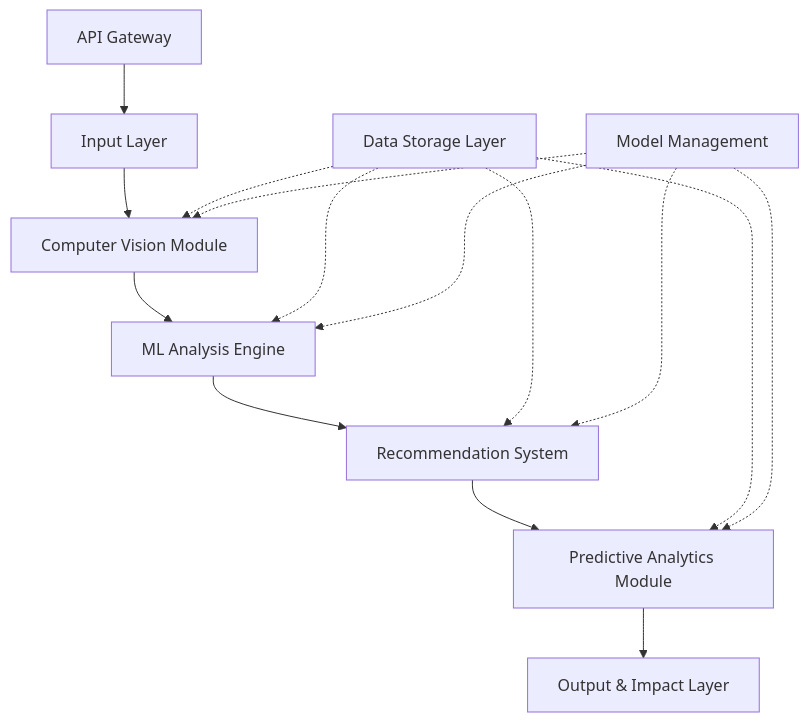
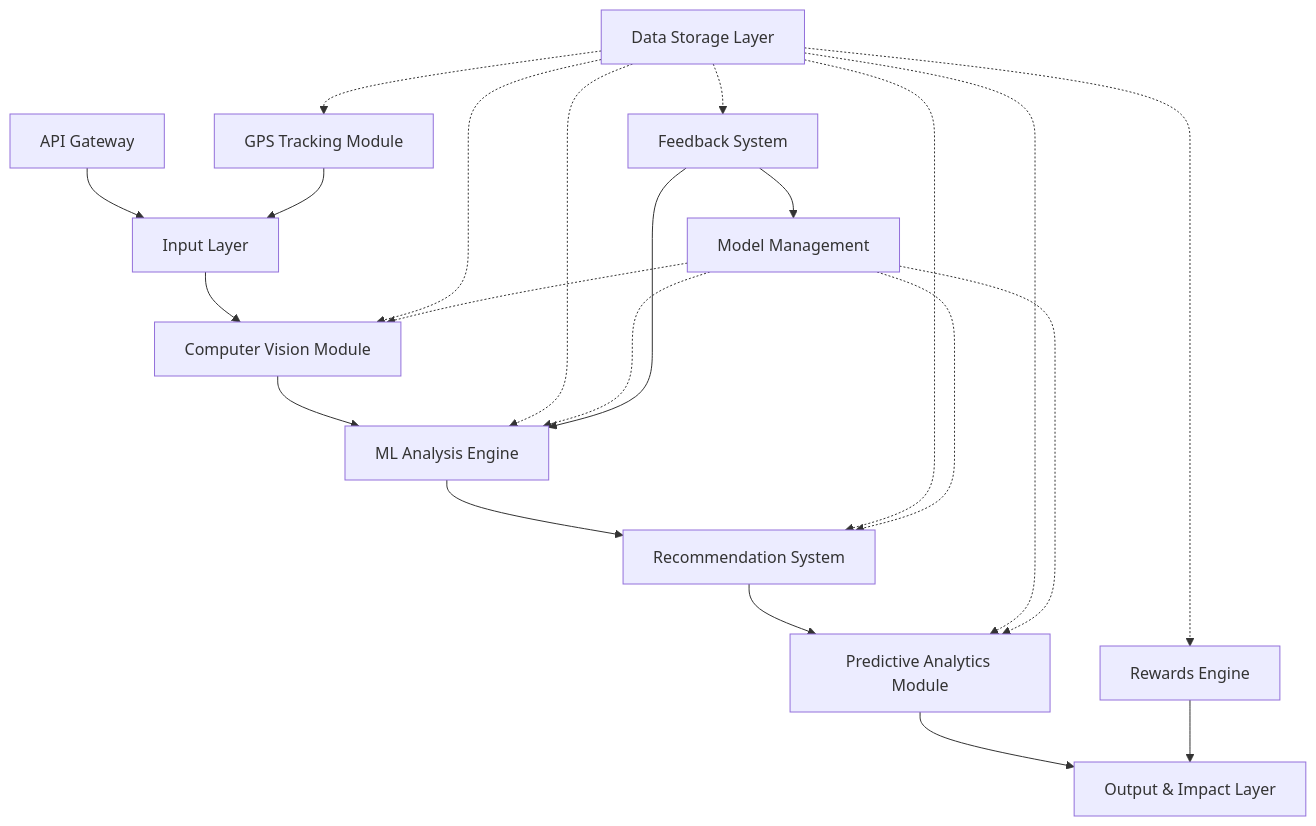
The diagram in design.md (chiragmehta2509/AIBHARAT), drawn with Mermaid before and after one commit. The commit also changed other lines of this file and 1 other file, not shown here.

````diff
--- a/design.md
+++ b/design.md
@@ -13,19 +13,28 @@
 ```mermaid
 graph TB
     A[Input Layer] --> B[Computer Vision Module]
     B --> C[ML Analysis Engine]
     C --> D[Recommendation System]
     D --> E[Predictive Analytics Module]
     E --> F[Output & Impact Layer]
     
     G[Data Storage Layer] -.-> B
     G -.-> C
     G -.-> D
     G -.-> E
     
     H[API Gateway] --> A
     I[Model Management] -.-> B
     I -.-> C
     I -.-> D
     I -.-> E
+    
+    J[GPS Tracking Module] --> A
+    K[Rewards Engine] --> F
+    L[Feedback System] --> C
+    L --> I
+    
+    G -.-> J
+    G -.-> K
+    G -.-> L
 ```
````
